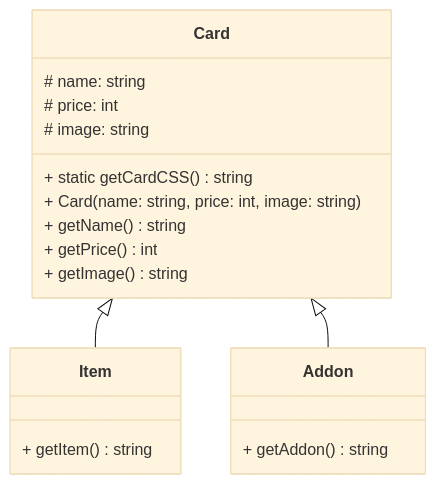
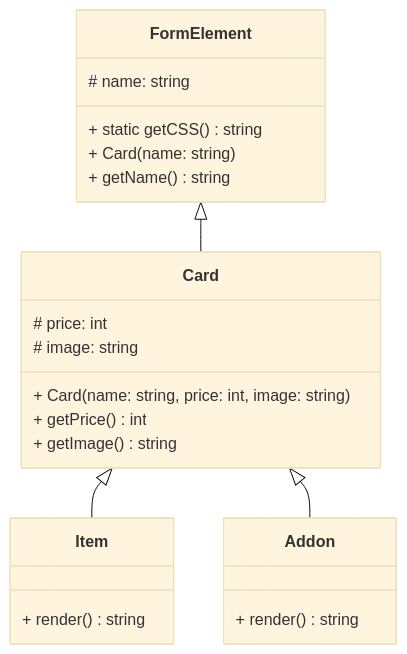
The diagram in README.md (AlexandrAnatoliev/send-invoice), drawn with Mermaid (base theme) before and after one commit. The commit also changed other lines of this file, not shown here.

````diff
--- a/README.md
+++ b/README.md
@@ -80,26 +81,31 @@
 ```mermaid
 classDiagram
   
+  class FormElement {
+    # name: string
+    + static getCSS() string
+    + Card(name: string)
+    + getName() string
+  }
+
   class Card {
-    # name: string
     # price: int
     # image: string
-    + static getCardCSS() string
     + Card(name: string, price: int, image: string)
-    + getName() string
     + getPrice() int
     + getImage() string
   }
 
   class Item {
-    + getItem() string
+    + render() string
   }
 
   class Addon {
-    + getAddon() string
+    + render() string
   }
 
+  FormElement  <|-- Card
   Card <|-- Item
   Card <|-- Addon
 
 ```
````
